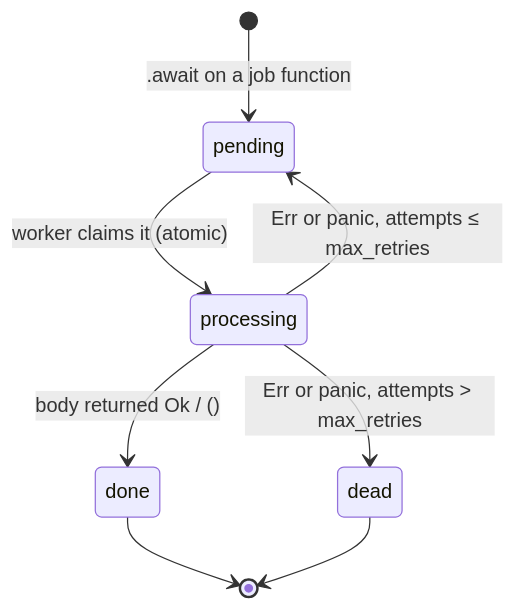
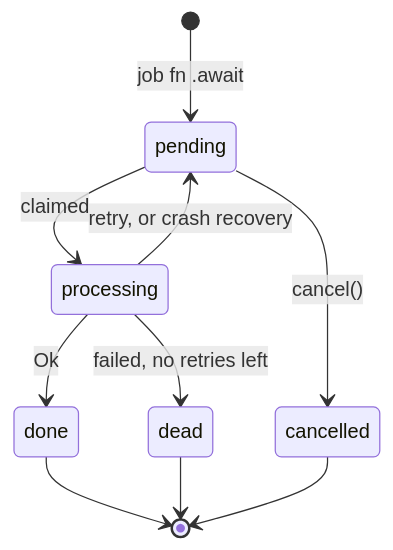
The third of 3 diagrams in README.md (penso/butler), drawn with Mermaid before and after one commit. The commit also changed other lines of this file and 37 other files, not shown here.

First line of the commit message:
feat!: add job results, crash recovery, and prioritized queues

````diff
--- a/README.md
+++ b/README.md
@@ -151,10 +205,12 @@
 ```mermaid
 stateDiagram-v2
-    [*] --> pending: .await on a job function
-    pending --> processing: worker claims it (atomic)
-    processing --> done: body returned Ok / ()
-    processing --> pending: Err or panic, attempts ≤ max_retries
-    processing --> dead: Err or panic, attempts > max_retries
+    [*] --> pending: job fn .await
+    pending --> processing: claimed
+    processing --> done: Ok
+    processing --> pending: retry, or crash recovery
+    processing --> dead: failed, no retries left
+    pending --> cancelled: cancel()
     done --> [*]
     dead --> [*]
+    cancelled --> [*]
 ```
````
